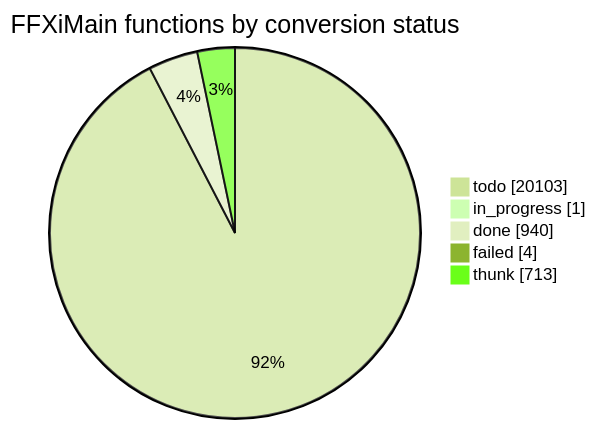
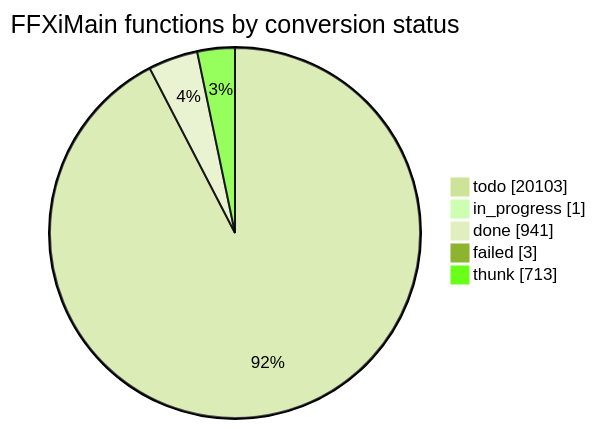
Before and after one commit to cowrevenge/cow_kuluu_xi_anything: the diagram in docs/cow/STATUS.md, drawn with Mermaid (forest theme). The commit also changed other lines of this file and 9 other files, not shown here.

````diff
--- a/docs/cow/STATUS.md
+++ b/docs/cow/STATUS.md
@@ -18,9 +18,9 @@
 ```mermaid
 pie showData
     title FFXiMain functions by conversion status
     "todo" : 20103
     "in_progress" : 1
-    "done" : 940
-    "failed" : 4
+    "done" : 941
+    "failed" : 3
     "thunk" : 713
 ```
````
